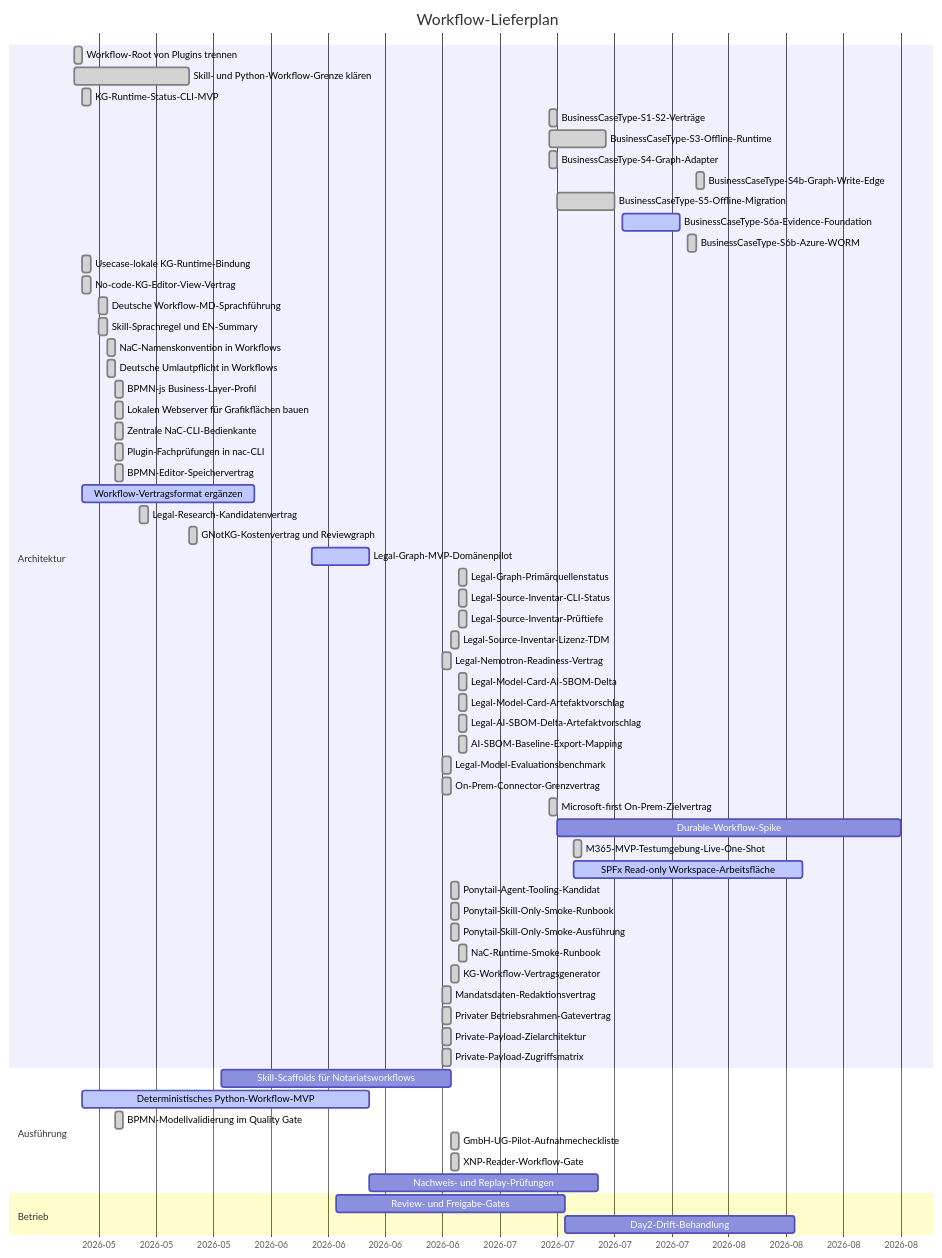
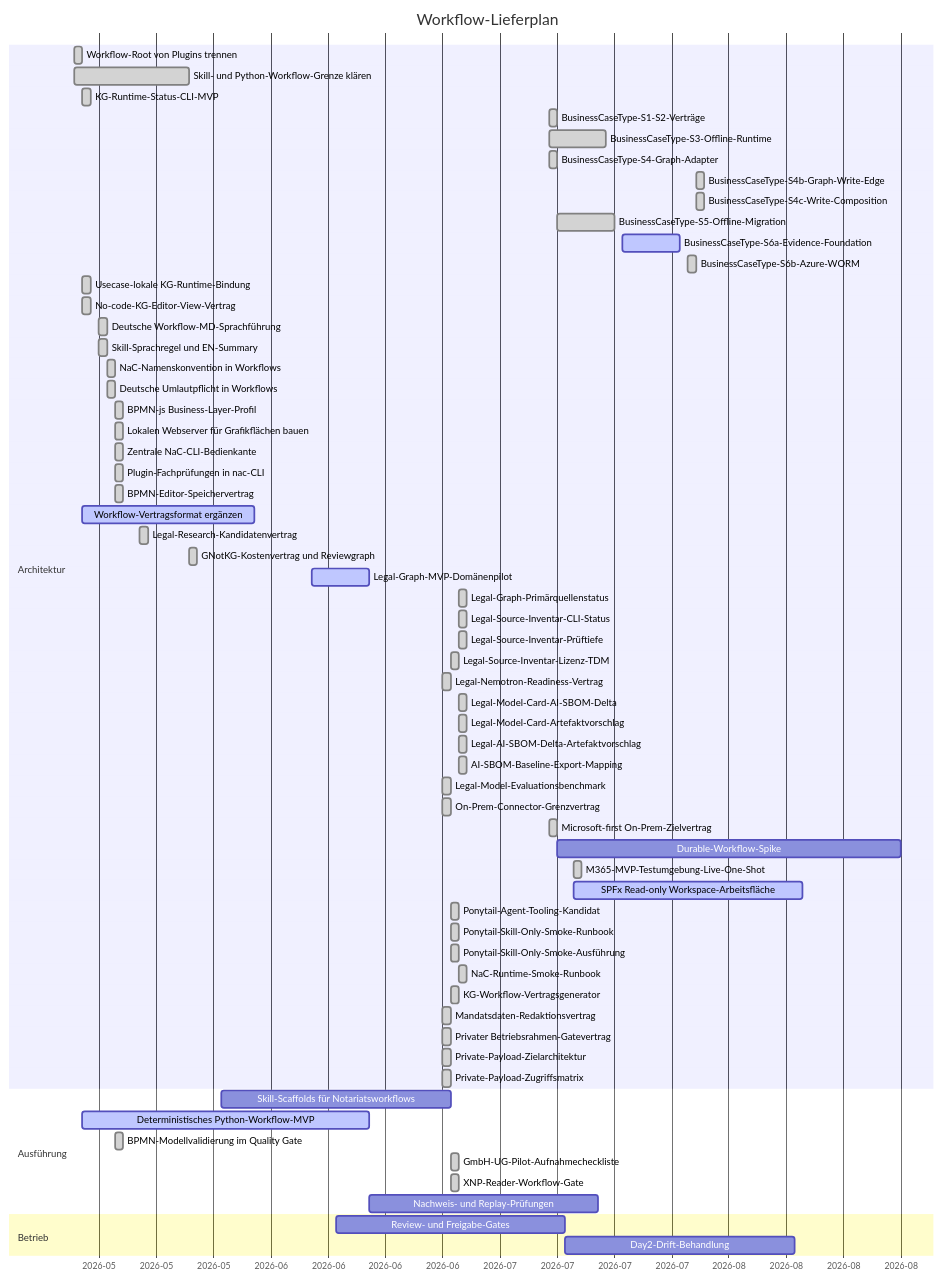
Before and after one commit to notariat8/NaC: the diagram in workflows/GANTT.md, drawn with Mermaid. The commit also changed 28 other files, not shown here.

Commit message:
feat(m365): compose bounded Graph write runtime offline

````diff
--- a/workflows/GANTT.md
+++ b/workflows/GANTT.md
@@ -5,69 +5,70 @@
 ```mermaid
 gantt
     title Workflow-Lieferplan
     dateFormat  YYYY-MM-DD
     axisFormat  %Y-%m
 
     section Architektur
     Workflow-Root von Plugins trennen          :done,   w1, 2026-05-14, 1d
     Skill- und Python-Workflow-Grenze klären  :done,   w2, 2026-05-14, 14d
     KG-Runtime-Status-CLI-MVP                  :done,   w3, 2026-05-15, 1d
     BusinessCaseType-S1-S2-Verträge            :done,   w3b, 2026-07-11, 1d
     BusinessCaseType-S3-Offline-Runtime         :done,   w3c, 2026-07-11, 7d
     BusinessCaseType-S4-Graph-Adapter           :done,   w3d, 2026-07-11, 1d
     BusinessCaseType-S4b-Graph-Write-Edge       :done,   w3h, 2026-07-29, 1d
+    BusinessCaseType-S4c-Write-Composition      :done,   w3i, 2026-07-29, 1d
     BusinessCaseType-S5-Offline-Migration      :done,   w3e, 2026-07-12, 7d
     BusinessCaseType-S6a-Evidence-Foundation    :active, w3f, 2026-07-20, 7d
     BusinessCaseType-S6b-Azure-WORM           :done,   w3g, 2026-07-28, 1d
     Usecase-lokale KG-Runtime-Bindung          :done,   w3a, 2026-05-15, 1d
     No-code-KG-Editor-View-Vertrag             :done,   w4a, 2026-05-15, 1d
     Deutsche Workflow-MD-Sprachführung        :done,   w4b, 2026-05-17, 1d
     Skill-Sprachregel und EN-Summary            :done,   w4c, 2026-05-17, 1d
     NaC-Namenskonvention in Workflows           :done,   w4d, 2026-05-18, 1d
     Deutsche Umlautpflicht in Workflows         :done,   w4e, 2026-05-18, 1d
     BPMN-js Business-Layer-Profil               :done,   w4f, 2026-05-19, 1d
     Lokalen Webserver für Grafikflächen bauen  :done,   w4g, 2026-05-19, 1d
     Zentrale NaC-CLI-Bedienkante                :done,   w4h, 2026-05-19, 1d
     Plugin-Fachprüfungen in nac-CLI             :done,   w4i, 2026-05-19, 1d
     BPMN-Editor-Speichervertrag                 :done,   w4j, 2026-05-19, 1d
     Workflow-Vertragsformat ergänzen          :active, w4, 2026-05-15, 21d
     Legal-Research-Kandidatenvertrag           :done,   w4k, 2026-05-22, 1d
     GNotKG-Kostenvertrag und Reviewgraph        :done,   w4l, 2026-05-28, 1d
     Legal-Graph-MVP-Domänenpilot              :active, w4m, 2026-06-12, 7d
     Legal-Graph-Primärquellenstatus            :done,   w4z, 2026-06-30, 1d
     Legal-Source-Inventar-CLI-Status           :done,   w4aa, 2026-06-30, 1d
     Legal-Source-Inventar-Prüftiefe            :done,   w4af, 2026-06-30, 1d
     Legal-Source-Inventar-Lizenz-TDM           :done,   w4u, 2026-06-29, 1d
     Legal-Nemotron-Readiness-Vertrag            :done,   w4s, 2026-06-28, 1d
     Legal-Model-Card-AI-SBOM-Delta             :done,   w4ab, 2026-06-30, 1d
     Legal-Model-Card-Artefaktvorschlag         :done,   w4ac, 2026-06-30, 1d
     Legal-AI-SBOM-Delta-Artefaktvorschlag      :done,   w4ad, 2026-06-30, 1d
     AI-SBOM-Baseline-Export-Mapping            :done,   w4ae, 2026-06-30, 1d
     Legal-Model-Evaluationsbenchmark           :done,   w4t, 2026-06-28, 1d
     On-Prem-Connector-Grenzvertrag            :done,   w4n, 2026-06-28, 1d
     Microsoft-first On-Prem-Zielvertrag          :done,   w4ah, 2026-07-11, 1d
     Durable-Workflow-Spike                       :        w4ai, after w4ah, 42d
     M365-MVP-Testumgebung-Live-One-Shot          :done,   w4aj, 2026-07-14, 1d
     SPFx Read-only Workspace-Arbeitsfläche       :active, w4ak, 2026-07-14, 28d
     Ponytail-Agent-Tooling-Kandidat            :done,   w4v, 2026-06-29, 1d
     Ponytail-Skill-Only-Smoke-Runbook          :done,   w4w, 2026-06-29, 1d
     Ponytail-Skill-Only-Smoke-Ausführung       :done,   w4x, 2026-06-29, 1d
     NaC-Runtime-Smoke-Runbook                  :done,   w4ag, 2026-06-30, 1d
     KG-Workflow-Vertragsgenerator              :done,   w4y, 2026-06-29, 1d
     Mandatsdaten-Redaktionsvertrag             :done,   w4o, 2026-06-28, 1d
     Privater Betriebsrahmen-Gatevertrag        :done,   w4p, 2026-06-28, 1d
     Private-Payload-Zielarchitektur            :done,   w4q, 2026-06-28, 1d
     Private-Payload-Zugriffsmatrix             :done,   w4r, 2026-06-28, 1d
 
     section Ausführung
     Skill-Scaffolds für Notariatsworkflows    :        w5, 2026-06-01, 28d
     Deterministisches Python-Workflow-MVP      :active, w6, 2026-05-15, 35d
     BPMN-Modellvalidierung im Quality Gate      :done,   w6a, 2026-05-19, 1d
     GmbH-UG-Pilot-Aufnahmecheckliste           :done,   w6b, 2026-06-29, 1d
     XNP-Reader-Workflow-Gate                   :done,   w6c, 2026-06-29, 1d
     Nachweis- und Replay-Prüfungen            :        w7, after w6, 28d
 
     section Betrieb
     Review- und Freigabe-Gates                 :        w8, 2026-06-15, 28d
     Day2-Drift-Behandlung                      :        w9, after w8, 28d
 ```
````
